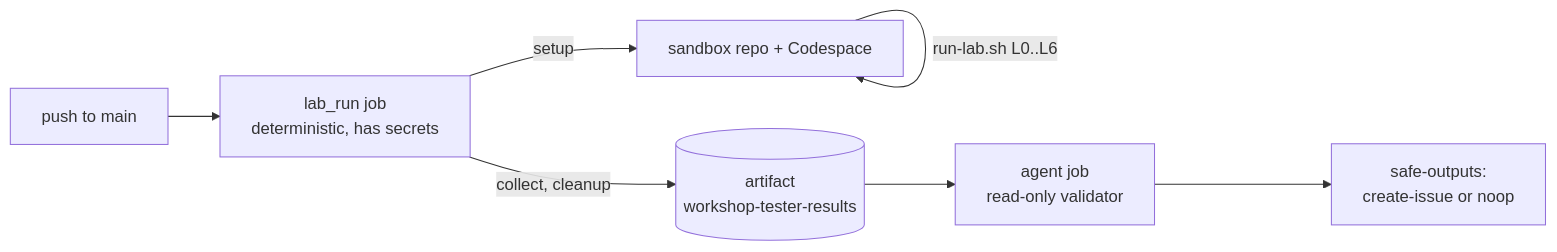
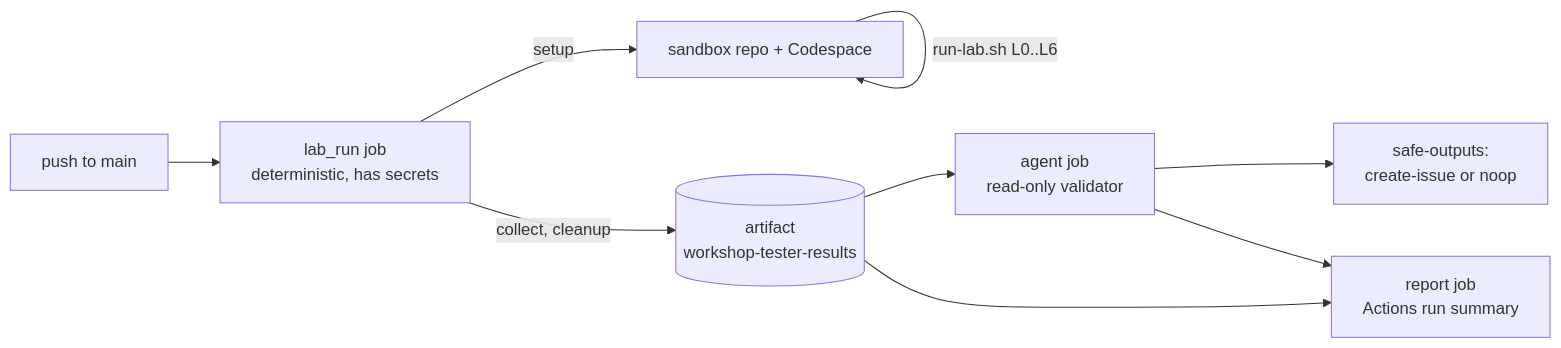
The diagram in tests/workshop/afternoon-2/README.md (Ch0wseth/AI-SDLC-Workshop-1), drawn with Mermaid before and after one commit. The commit also changed other lines of this file and 6 other files, not shown here.

````diff
--- a/tests/workshop/afternoon-2/README.md
+++ b/tests/workshop/afternoon-2/README.md
@@ -7,9 +7,11 @@
 ```mermaid
 flowchart LR
   A[push to main] --> B[lab_run job<br/>deterministic, has secrets]
   B -->|setup| C[sandbox repo + Codespace]
   C -->|run-lab.sh L0..L6| C
   B -->|collect, cleanup| D[(artifact<br/>workshop-tester-results)]
   D --> E[agent job<br/>read-only validator]
   E --> F[safe-outputs:<br/>create-issue or noop]
+  D --> G[report job<br/>Actions run summary]
+  E --> G
 ```
````
